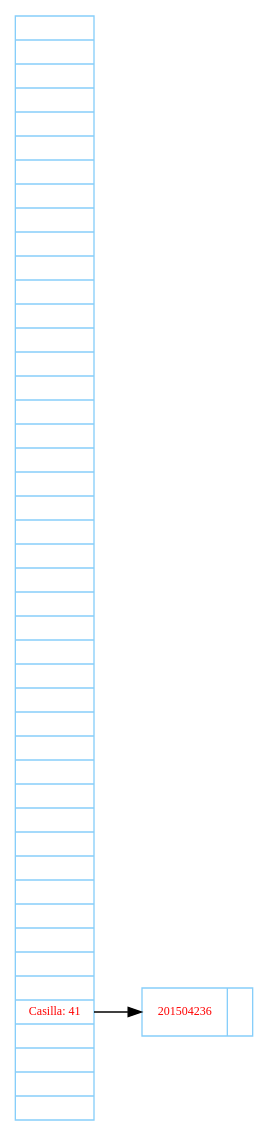
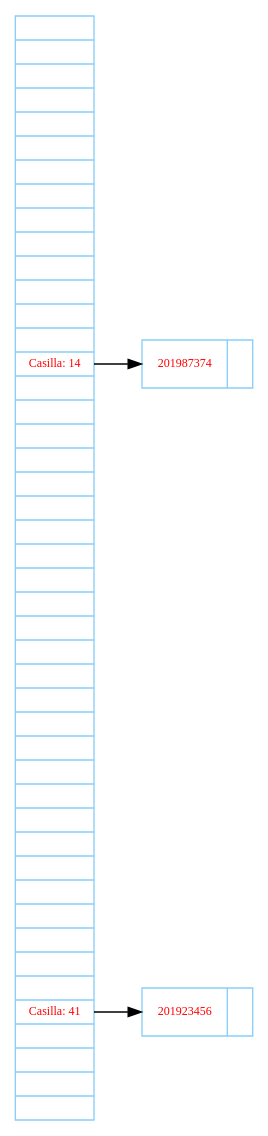
One commit to AdriGomez95/EDD_1S2020_PY2_201504236 changed the diagram in Proyecto2/TablaDispersa.dot. Above: the diagram before and after it, drawn with Graphviz. The commit also changed 34 other files, not shown here.

```diff
--- a/Proyecto2/TablaDispersa.dot
+++ b/Proyecto2/TablaDispersa.dot
@@ -1,8 +1,10 @@
 digraph G{
  node[shape=record fontsize=9 fontcolor=red color= lightskyblue fontname = Verdana];
  rankdir=LR;
-nodeR[label="<p0>|<p1>|<p2>|<p3>|<p4>|<p5>|<p6>|<p7>|<p8>|<p9>|<p10>|<p11>|<p12>|<p13>|<p14>|<p15>|<p16>|<p17>|<p18>|<p19>|<p20>|<p21>|<p22>|<p23>|<p24>|<p25>|<p26>|<p27>|<p28>|<p29>|<p30>|<p31>|<p32>|<p33>|<p34>|<p35>|<p36>|<p37>|<p38>|<p39>|<p40>|<p41>Casilla: 41|<p42>|<p43>|<p44>|"];
-node41[label="{<p0>201504236|}"];
+nodeR[label="<p0>|<p1>|<p2>|<p3>|<p4>|<p5>|<p6>|<p7>|<p8>|<p9>|<p10>|<p11>|<p12>|<p13>|<p14>Casilla: 14|<p15>|<p16>|<p17>|<p18>|<p19>|<p20>|<p21>|<p22>|<p23>|<p24>|<p25>|<p26>|<p27>|<p28>|<p29>|<p30>|<p31>|<p32>|<p33>|<p34>|<p35>|<p36>|<p37>|<p38>|<p39>|<p40>|<p41>Casilla: 41|<p42>|<p43>|<p44>|"];
+node14[label="{<p0>201987374|}"];
+nodeR:p14->node14;
+node41[label="{<p0>201923456|}"];
 nodeR:p41->node41;
 
 }
```
